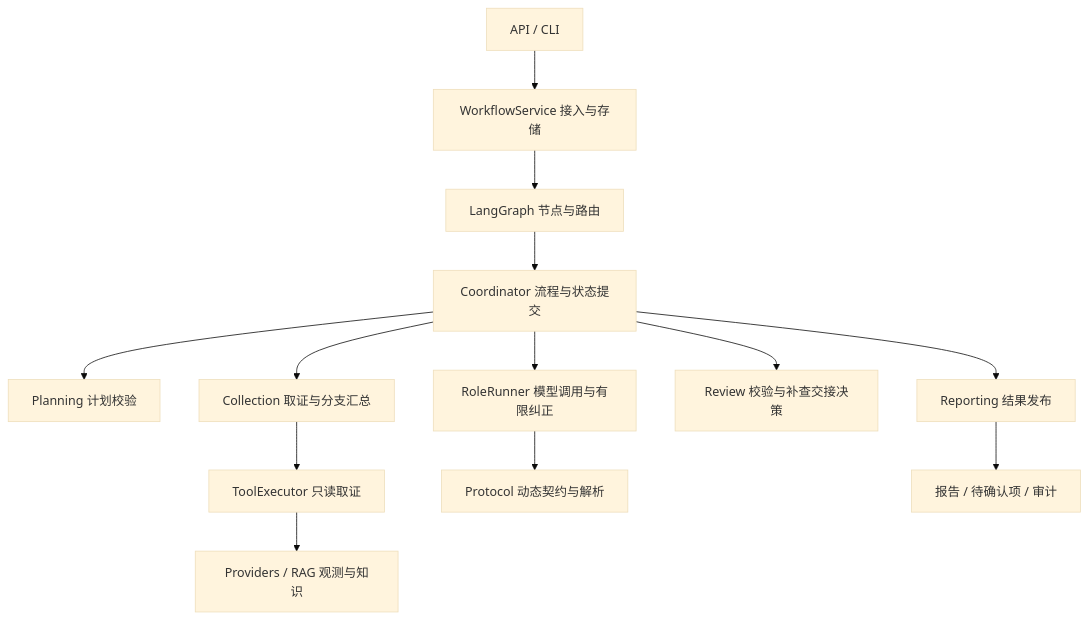
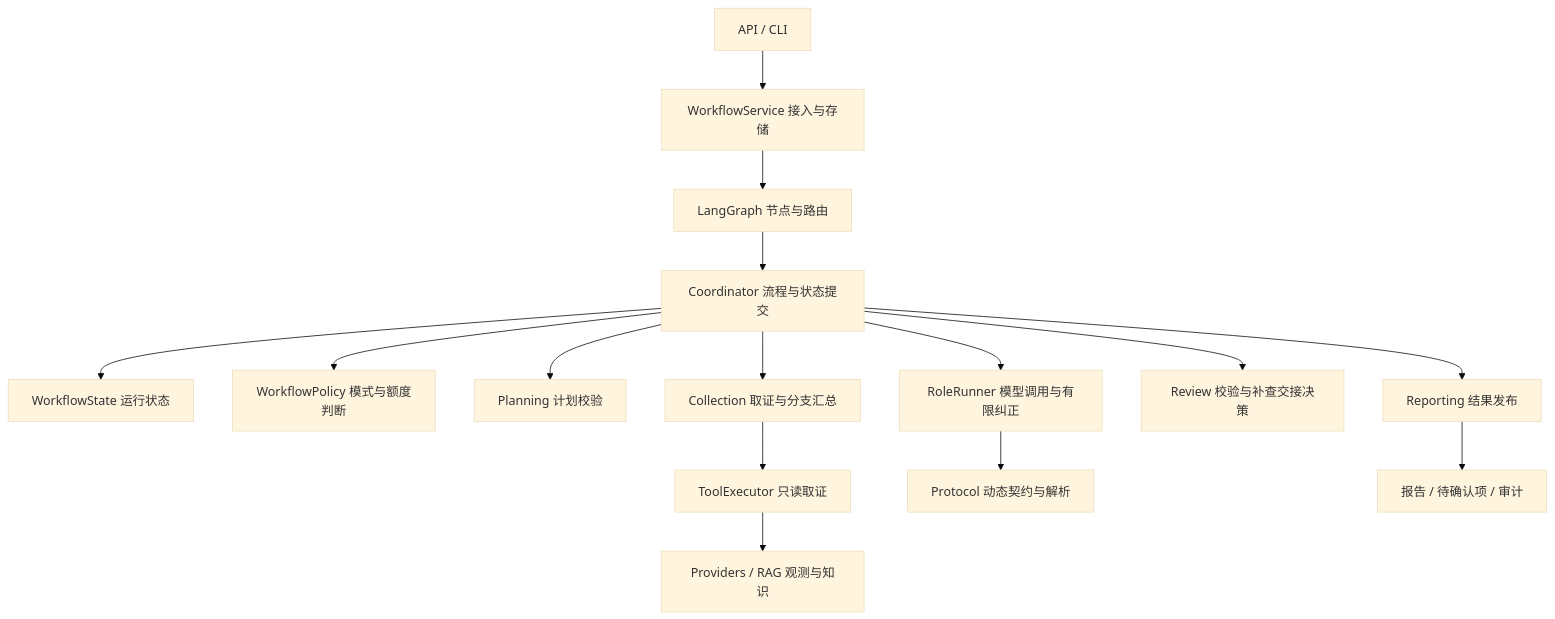
The diagram in examples/showcase/architecture.md (Heresy0/IT_Incident_Agent), drawn with Mermaid (base theme) before and after one commit. The commit also changed other lines of this file and 6 other files, not shown here.

Commit message:
Separate workflow state ownership and budget policy

````diff
--- a/examples/showcase/architecture.md
+++ b/examples/showcase/architecture.md
@@ -7,15 +7,17 @@
 ```mermaid
 flowchart TD
     A[API / CLI] --> S[WorkflowService 接入与存储]
     S --> G[LangGraph 节点与路由]
     G --> C[Coordinator 流程与状态提交]
+    C --> W[WorkflowState 运行状态]
+    C --> B[WorkflowPolicy 模式与额度判断]
     C --> P[Planning 计划校验]
     C --> M[RoleRunner 模型调用与有限纠正]
     C --> L[Collection 取证与分支汇总]
     L --> T[ToolExecutor 只读取证]
     C --> V[Review 校验与补查交接决策]
     C --> R[Reporting 结果发布]
     M --> K[Protocol 动态契约与解析]
     T --> D[Providers / RAG 观测与知识]
     R --> O[报告 / 待确认项 / 审计]
 ```
````
